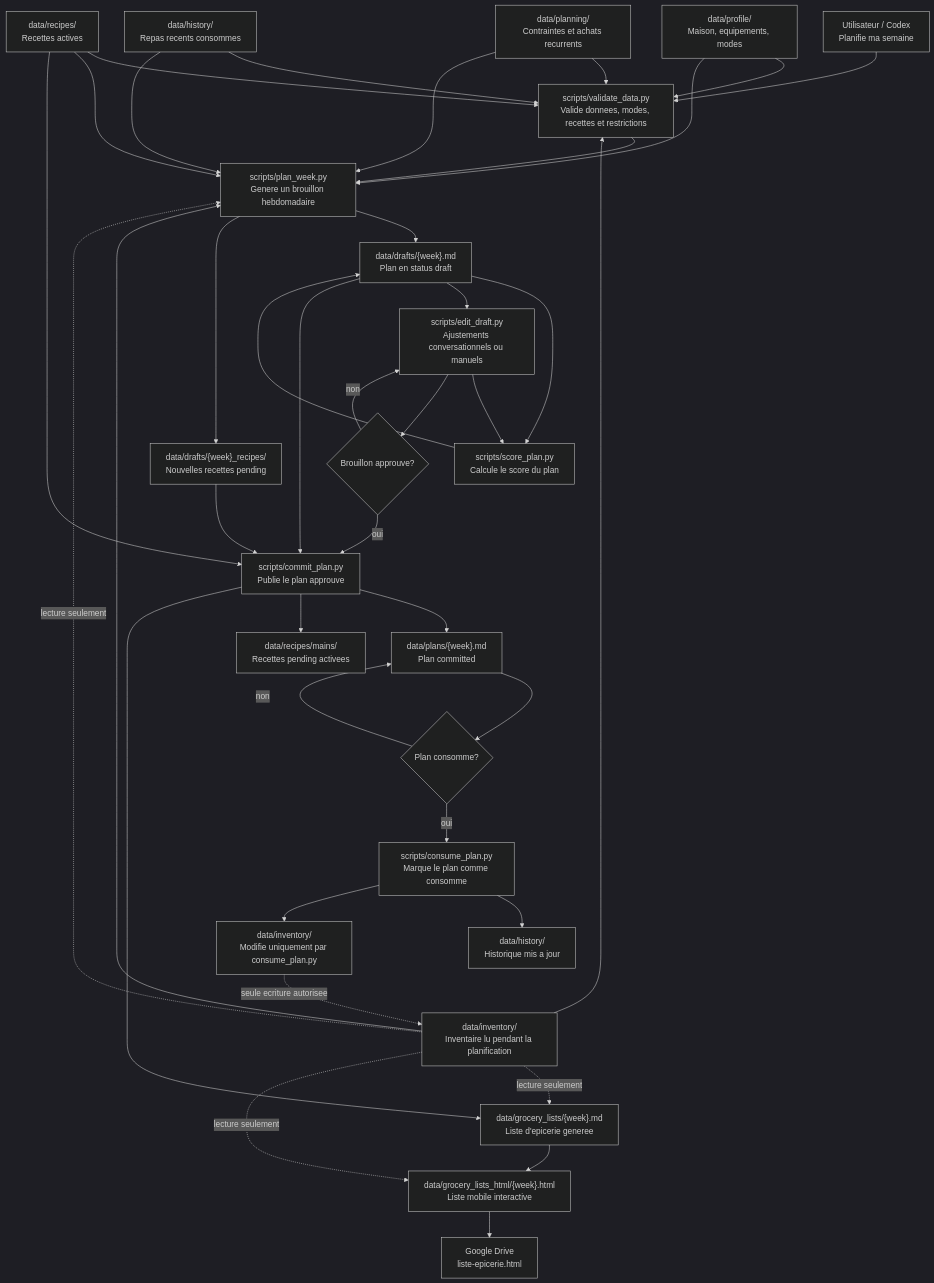
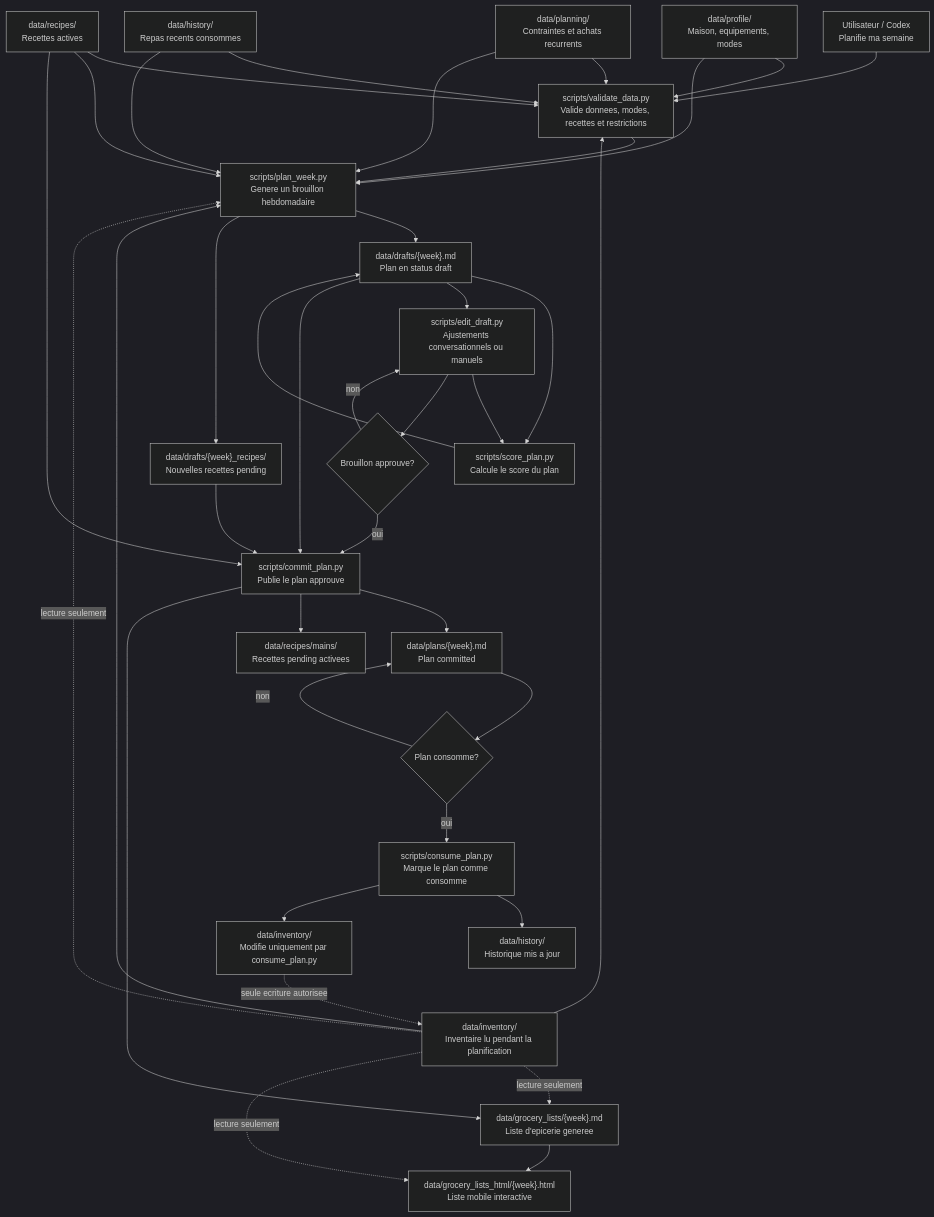
One commit to brierepatrice-web/meal-planner-ai changed the diagram in README.md. Above: the diagram before and after it, drawn with Mermaid (dark theme). The commit also changed other lines of this file and 2 other files, not shown here.

Commit message:
Remove Drive HTML upload references

````diff
--- a/README.md
+++ b/README.md
@@ -63,71 +63,69 @@
 ```mermaid
 flowchart TD
     user["Utilisateur / Codex<br/>Planifie ma semaine"]
 
     profile["data/profile/<br/>Maison, equipements, modes"]
     inventory["data/inventory/<br/>Inventaire lu pendant la planification"]
     planning["data/planning/<br/>Contraintes et achats recurrents"]
     history["data/history/<br/>Repas recents consommes"]
     recipes["data/recipes/<br/>Recettes actives"]
 
     validate["scripts/validate_data.py<br/>Valide donnees, modes, recettes et restrictions"]
     plan["scripts/plan_week.py<br/>Genere un brouillon hebdomadaire"]
     draft["data/drafts/{week}.md<br/>Plan en status draft"]
     pending["data/drafts/{week}_recipes/<br/>Nouvelles recettes pending"]
     scoreDraft["scripts/score_plan.py<br/>Calcule le score du plan"]
     edit["scripts/edit_draft.py<br/>Ajustements conversationnels ou manuels"]
     approve{"Brouillon approuve?"}
     commit["scripts/commit_plan.py<br/>Publie le plan approuve"]
     planOut["data/plans/{week}.md<br/>Plan committed"]
     activeRecipes["data/recipes/mains/<br/>Recettes pending activees"]
     grocery["data/grocery_lists/{week}.md<br/>Liste d'epicerie generee"]
     groceryHtml["data/grocery_lists_html/{week}.html<br/>Liste mobile interactive"]
-    driveHtml["Google Drive<br/>liste-epicerie.html"]
     consumed{"Plan consomme?"}
     consume["scripts/consume_plan.py<br/>Marque le plan comme consomme"]
     historyUpdate["data/history/<br/>Historique mis a jour"]
     inventoryUpdate["data/inventory/<br/>Modifie uniquement par consume_plan.py"]
 
     user --> validate
     profile --> validate
     inventory --> validate
     planning --> validate
     history --> validate
     recipes --> validate
 
     validate --> plan
     profile --> plan
     inventory --> plan
     planning --> plan
     history --> plan
     recipes --> plan
 
     plan --> draft
     plan --> pending
     draft --> scoreDraft
     scoreDraft --> draft
     draft --> edit
     edit --> scoreDraft
     edit --> approve
     approve -- non --> edit
     approve -- oui --> commit
     pending --> commit
     draft --> commit
     recipes --> commit
 
     commit --> planOut
     commit --> activeRecipes
     commit --> grocery
     grocery --> groceryHtml
-    groceryHtml --> driveHtml
     planOut --> consumed
     consumed -- non --> planOut
     consumed -- oui --> consume
     consume --> historyUpdate
     consume --> inventoryUpdate
 
     inventory -. lecture seulement .-> plan
     inventory -. lecture seulement .-> grocery
     inventory -. lecture seulement .-> groceryHtml
     inventoryUpdate -. seule ecriture autorisee .-> inventory
 ```
````
